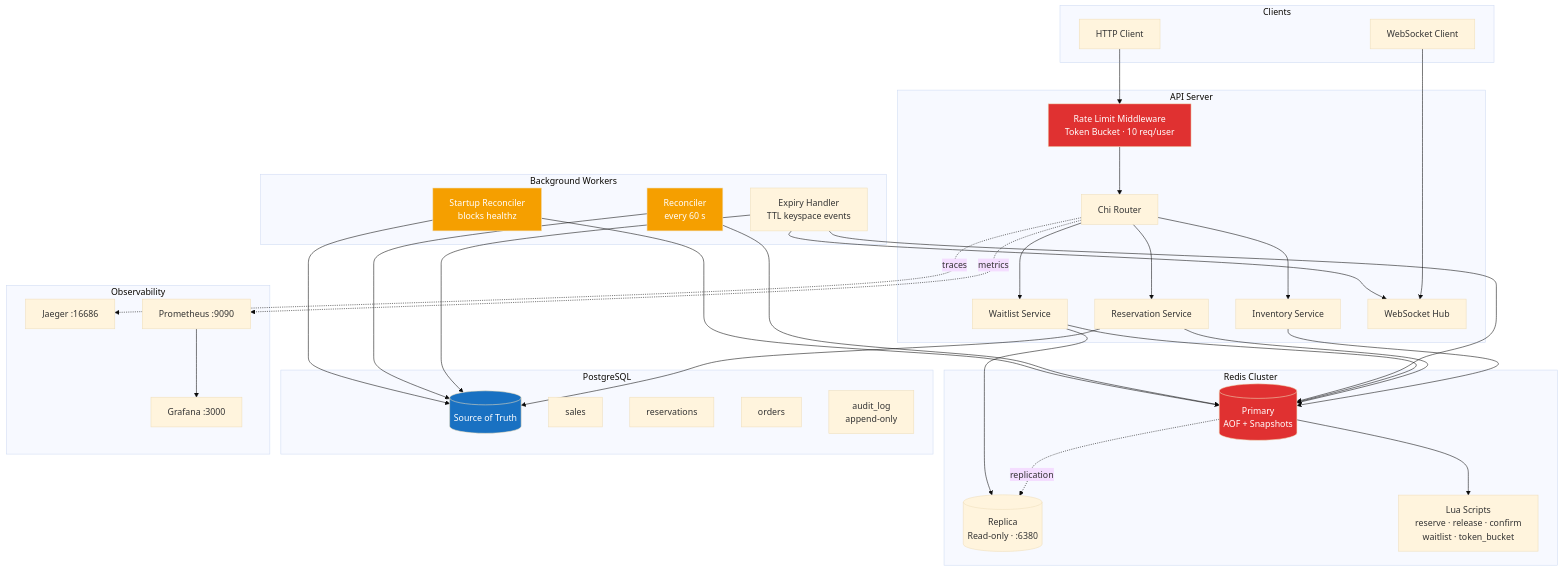
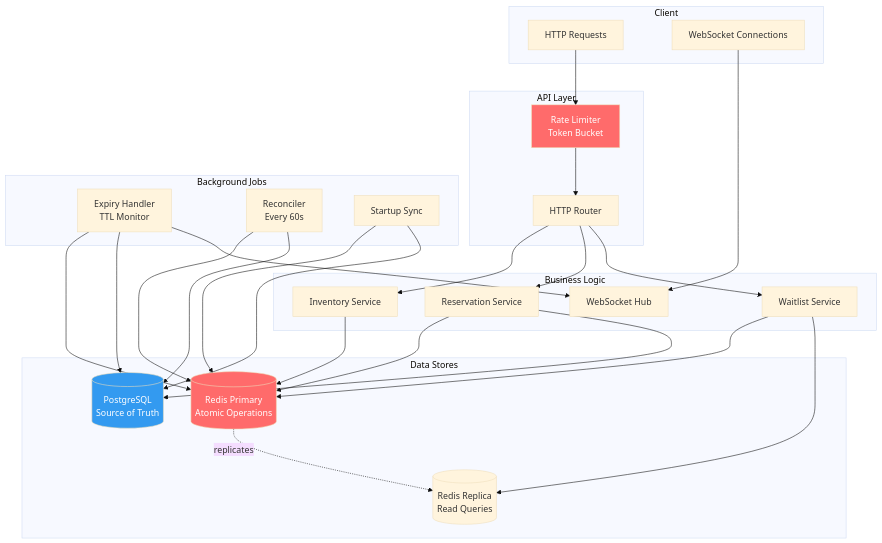
Before and after one commit to Siddhesh-source/flash_sale: the second of 5 diagrams in README.md, drawn with Mermaid (base theme). The commit also changed other lines of this file, not shown here.

````diff
--- a/README.md
+++ b/README.md
@@ -24,63 +85,46 @@
 ```mermaid
 graph TB
-    subgraph Clients
-        HC[HTTP Client]
-        WSC[WebSocket Client]
+    subgraph Client
+        HTTP[HTTP Requests]
+        WS[WebSocket Connections]
     end
 
-    subgraph "API Server"
-        RL[Rate Limit Middleware\nToken Bucket · 10 req/user]
-        Router[Chi Router]
+    subgraph "API Layer"
+        RL[Rate Limiter<br/>Token Bucket]
+        Router[HTTP Router]
+    end
+
+    subgraph "Business Logic"
         INV[Inventory Service]
         RES[Reservation Service]
-        WL[Waitlist Service]
+        WAIT[Waitlist Service]
         HUB[WebSocket Hub]
     end
 
-    subgraph "Redis Cluster"
-        RP[(Primary\nAOF + Snapshots)]
-        RR[(Replica\nRead-only · :6380)]
-        LUA[Lua Scripts\nreserve · release · confirm\nwaitlist · token_bucket]
+    subgraph "Data Stores"
+        REDIS[(Redis Primary<br/>Atomic Operations)]
+        REPLICA[(Redis Replica<br/>Read Queries)]
+        PG[(PostgreSQL<br/>Source of Truth)]
     end
 
-    subgraph PostgreSQL
-        PG[(Source of Truth)]
-        T1[sales]
-        T2[reservations]
-        T3[orders]
-        T4[audit_log\nappend-only]
+    subgraph "Background Jobs"
+        EXP[Expiry Handler<br/>TTL Monitor]
+        REC[Reconciler<br/>Every 60s]
+        BOOT[Startup Sync]
     end
 
-    subgraph "Background Workers"
-        EXP[Expiry Handler\nTTL keyspace events]
-        REC[Reconciler\nevery 60 s]
-        STR[Startup Reconciler\nblocks healthz]
-    end
+    HTTP --> RL --> Router
+    WS --> HUB
+    Router --> INV & RES & WAIT
+    INV & RES & WAIT --> REDIS
+    WAIT --> REPLICA
+    RES --> PG
+    REDIS -.replicates.-> REPLICA
+    EXP --> REDIS & PG & HUB
+    REC --> REDIS & PG
+    BOOT --> REDIS & PG
 
-    subgraph Observability
-        JAE[Jaeger :16686]
-        PRO[Prometheus :9090]
-        GRA[Grafana :3000]
-    end
-
-    HC --> RL --> Router
-    WSC --> HUB
-    Router --> INV & RES & WL
-    INV & RES & WL --> RP
-    RP -. replication .-> RR
-    WL --> RR
-    RP --> LUA
-    RES --> PG
-    EXP --> RP & PG & HUB
-    REC --> RP & PG
-    STR --> RP & PG
-    Router -. traces .-> JAE
-    Router -. metrics .-> PRO
-    PRO --> GRA
-
-    style RP fill:#e03131,color:#fff
-    style PG fill:#1971c2,color:#fff
-    style RL fill:#e03131,color:#fff
-    style STR fill:#f59f00,color:#fff
-    style REC fill:#f59f00,color:#fff
+    style REDIS fill:#ff6b6b,color:#fff
+    style PG fill:#339af0,color:#fff
+    style RL fill:#ff6b6b,color:#fff
 ```
````
